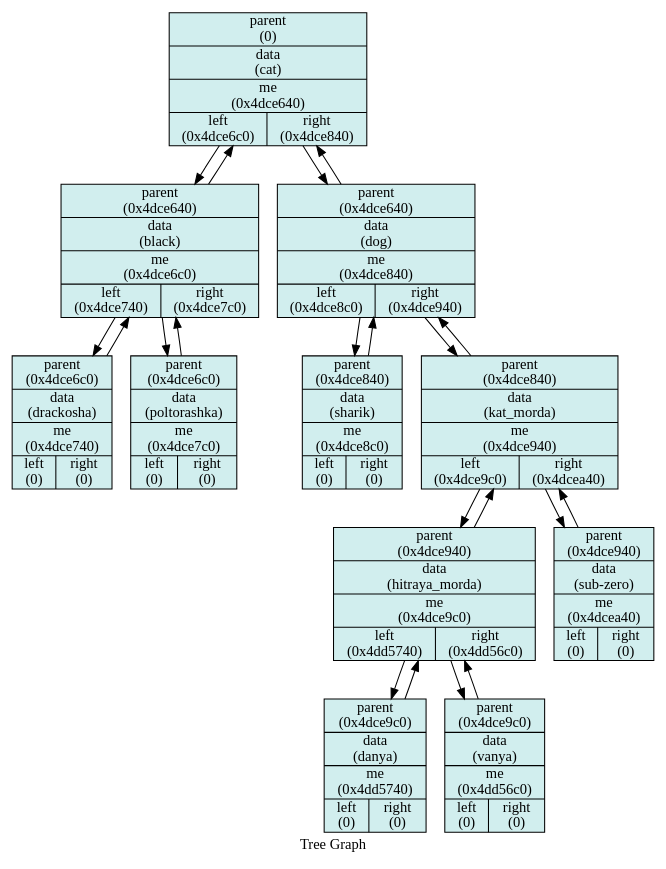
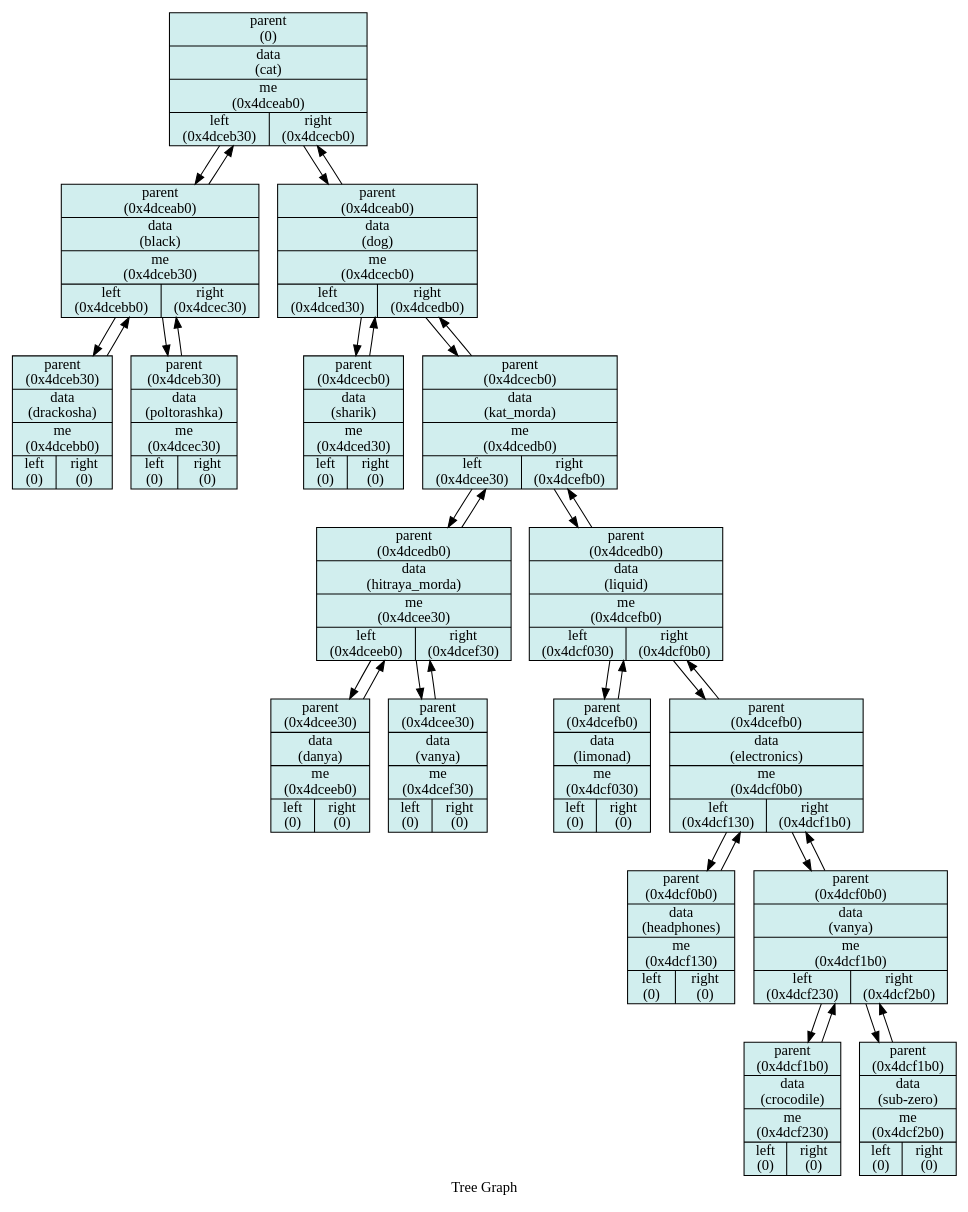
One commit to StaVan28/iLab changed the diagram in 7_akinator/Txt/graph_tree_db.dot. Above: the diagram before and after it, drawn with Graphviz. The commit also changed 8 other files, not shown here.

```diff
--- a/7_akinator/Txt/graph_tree_db.dot
+++ b/7_akinator/Txt/graph_tree_db.dot
@@ -1,61 +1,91 @@
 digraph Tree {
 
 	node [shape = "circle", style = "filled", fillcolor = "red",fontcolor = "#000000", margin = "0.01"];
 	rankdir = "TB";
 
 	label = "Tree Graph";
 
-	"0x4dce640" [shape = "record", fillcolor="lightcyan2", label = "{ {parent\n (0) } |{data\n (cat) } |{me\n (0x4dce640) } |{left\n (0x4dce6c0)   |right\n (0x4dce840) } }"];
-	"0x4dce640"->"0x4dce6c0";
-	"0x4dce640"->"0x4dce840";
+	"0x4dceab0" [shape = "record", fillcolor="lightcyan2", label = "{ {parent\n (0) } |{data\n (cat) } |{me\n (0x4dceab0) } |{left\n (0x4dceb30)   |right\n (0x4dcecb0) } }"];
+	"0x4dceab0"->"0x4dceb30";
+	"0x4dceab0"->"0x4dcecb0";
 
 
-	"0x4dce840" [shape = "record", fillcolor="lightcyan2", label = "{ {parent\n (0x4dce640) } |{data\n (dog) } |{me\n (0x4dce840) } |{left\n (0x4dce8c0)   |right\n (0x4dce940) } }"];
-	"0x4dce840"->"0x4dce640";
-	"0x4dce840"->"0x4dce8c0";
-	"0x4dce840"->"0x4dce940";
+	"0x4dcecb0" [shape = "record", fillcolor="lightcyan2", label = "{ {parent\n (0x4dceab0) } |{data\n (dog) } |{me\n (0x4dcecb0) } |{left\n (0x4dced30)   |right\n (0x4dcedb0) } }"];
+	"0x4dcecb0"->"0x4dceab0";
+	"0x4dcecb0"->"0x4dced30";
+	"0x4dcecb0"->"0x4dcedb0";
 
 
-	"0x4dce940" [shape = "record", fillcolor="lightcyan2", label = "{ {parent\n (0x4dce840) } |{data\n (kat_morda) } |{me\n (0x4dce940) } |{left\n (0x4dce9c0)   |right\n (0x4dcea40) } }"];
-	"0x4dce940"->"0x4dce840";
-	"0x4dce940"->"0x4dce9c0";
-	"0x4dce940"->"0x4dcea40";
+	"0x4dcedb0" [shape = "record", fillcolor="lightcyan2", label = "{ {parent\n (0x4dcecb0) } |{data\n (kat_morda) } |{me\n (0x4dcedb0) } |{left\n (0x4dcee30)   |right\n (0x4dcefb0) } }"];
+	"0x4dcedb0"->"0x4dcecb0";
+	"0x4dcedb0"->"0x4dcee30";
+	"0x4dcedb0"->"0x4dcefb0";
 
 
-	"0x4dcea40" [shape = "record", fillcolor="lightcyan2", label = "{ {parent\n (0x4dce940) } |{data\n (sub-zero) } |{me\n (0x4dcea40) } |{left\n (0)   |right\n (0) } }"];
-	"0x4dcea40"->"0x4dce940";
+	"0x4dcefb0" [shape = "record", fillcolor="lightcyan2", label = "{ {parent\n (0x4dcedb0) } |{data\n (liquid) } |{me\n (0x4dcefb0) } |{left\n (0x4dcf030)   |right\n (0x4dcf0b0) } }"];
+	"0x4dcefb0"->"0x4dcedb0";
+	"0x4dcefb0"->"0x4dcf030";
+	"0x4dcefb0"->"0x4dcf0b0";
 
 
-	"0x4dce9c0" [shape = "record", fillcolor="lightcyan2", label = "{ {parent\n (0x4dce940) } |{data\n (hitraya_morda) } |{me\n (0x4dce9c0) } |{left\n (0x4dd5740)   |right\n (0x4dd56c0) } }"];
-	"0x4dce9c0"->"0x4dce940";
-	"0x4dce9c0"->"0x4dd5740";
-	"0x4dce9c0"->"0x4dd56c0";
+	"0x4dcf0b0" [shape = "record", fillcolor="lightcyan2", label = "{ {parent\n (0x4dcefb0) } |{data\n (electronics) } |{me\n (0x4dcf0b0) } |{left\n (0x4dcf130)   |right\n (0x4dcf1b0) } }"];
+	"0x4dcf0b0"->"0x4dcefb0";
+	"0x4dcf0b0"->"0x4dcf130";
+	"0x4dcf0b0"->"0x4dcf1b0";
 
 
-	"0x4dd56c0" [shape = "record", fillcolor="lightcyan2", label = "{ {parent\n (0x4dce9c0) } |{data\n (vanya) } |{me\n (0x4dd56c0) } |{left\n (0)   |right\n (0) } }"];
-	"0x4dd56c0"->"0x4dce9c0";
+	"0x4dcf1b0" [shape = "record", fillcolor="lightcyan2", label = "{ {parent\n (0x4dcf0b0) } |{data\n (vanya) } |{me\n (0x4dcf1b0) } |{left\n (0x4dcf230)   |right\n (0x4dcf2b0) } }"];
+	"0x4dcf1b0"->"0x4dcf0b0";
+	"0x4dcf1b0"->"0x4dcf230";
+	"0x4dcf1b0"->"0x4dcf2b0";
 
 
-	"0x4dd5740" [shape = "record", fillcolor="lightcyan2", label = "{ {parent\n (0x4dce9c0) } |{data\n (danya) } |{me\n (0x4dd5740) } |{left\n (0)   |right\n (0) } }"];
-	"0x4dd5740"->"0x4dce9c0";
+	"0x4dcf2b0" [shape = "record", fillcolor="lightcyan2", label = "{ {parent\n (0x4dcf1b0) } |{data\n (sub-zero) } |{me\n (0x4dcf2b0) } |{left\n (0)   |right\n (0) } }"];
+	"0x4dcf2b0"->"0x4dcf1b0";
 
 
-	"0x4dce8c0" [shape = "record", fillcolor="lightcyan2", label = "{ {parent\n (0x4dce840) } |{data\n (sharik) } |{me\n (0x4dce8c0) } |{left\n (0)   |right\n (0) } }"];
-	"0x4dce8c0"->"0x4dce840";
+	"0x4dcf230" [shape = "record", fillcolor="lightcyan2", label = "{ {parent\n (0x4dcf1b0) } |{data\n (crocodile) } |{me\n (0x4dcf230) } |{left\n (0)   |right\n (0) } }"];
+	"0x4dcf230"->"0x4dcf1b0";
 
 
-	"0x4dce6c0" [shape = "record", fillcolor="lightcyan2", label = "{ {parent\n (0x4dce640) } |{data\n (black) } |{me\n (0x4dce6c0) } |{left\n (0x4dce740)   |right\n (0x4dce7c0) } }"];
-	"0x4dce6c0"->"0x4dce640";
-	"0x4dce6c0"->"0x4dce740";
-	"0x4dce6c0"->"0x4dce7c0";
+	"0x4dcf130" [shape = "record", fillcolor="lightcyan2", label = "{ {parent\n (0x4dcf0b0) } |{data\n (headphones) } |{me\n (0x4dcf130) } |{left\n (0)   |right\n (0) } }"];
+	"0x4dcf130"->"0x4dcf0b0";
 
 
-	"0x4dce7c0" [shape = "record", fillcolor="lightcyan2", label = "{ {parent\n (0x4dce6c0) } |{data\n (poltorashka) } |{me\n (0x4dce7c0) } |{left\n (0)   |right\n (0) } }"];
-	"0x4dce7c0"->"0x4dce6c0";
+	"0x4dcf030" [shape = "record", fillcolor="lightcyan2", label = "{ {parent\n (0x4dcefb0) } |{data\n (limonad) } |{me\n (0x4dcf030) } |{left\n (0)   |right\n (0) } }"];
+	"0x4dcf030"->"0x4dcefb0";
 
 
-	"0x4dce740" [shape = "record", fillcolor="lightcyan2", label = "{ {parent\n (0x4dce6c0) } |{data\n (drackosha) } |{me\n (0x4dce740) } |{left\n (0)   |right\n (0) } }"];
-	"0x4dce740"->"0x4dce6c0";
+	"0x4dcee30" [shape = "record", fillcolor="lightcyan2", label = "{ {parent\n (0x4dcedb0) } |{data\n (hitraya_morda) } |{me\n (0x4dcee30) } |{left\n (0x4dceeb0)   |right\n (0x4dcef30) } }"];
+	"0x4dcee30"->"0x4dcedb0";
+	"0x4dcee30"->"0x4dceeb0";
+	"0x4dcee30"->"0x4dcef30";
+
+
+	"0x4dcef30" [shape = "record", fillcolor="lightcyan2", label = "{ {parent\n (0x4dcee30) } |{data\n (vanya) } |{me\n (0x4dcef30) } |{left\n (0)   |right\n (0) } }"];
+	"0x4dcef30"->"0x4dcee30";
+
+
+	"0x4dceeb0" [shape = "record", fillcolor="lightcyan2", label = "{ {parent\n (0x4dcee30) } |{data\n (danya) } |{me\n (0x4dceeb0) } |{left\n (0)   |right\n (0) } }"];
+	"0x4dceeb0"->"0x4dcee30";
+
+
+	"0x4dced30" [shape = "record", fillcolor="lightcyan2", label = "{ {parent\n (0x4dcecb0) } |{data\n (sharik) } |{me\n (0x4dced30) } |{left\n (0)   |right\n (0) } }"];
+	"0x4dced30"->"0x4dcecb0";
+
+
+	"0x4dceb30" [shape = "record", fillcolor="lightcyan2", label = "{ {parent\n (0x4dceab0) } |{data\n (black) } |{me\n (0x4dceb30) } |{left\n (0x4dcebb0)   |right\n (0x4dcec30) } }"];
+	"0x4dceb30"->"0x4dceab0";
+	"0x4dceb30"->"0x4dcebb0";
+	"0x4dceb30"->"0x4dcec30";
+
+
+	"0x4dcec30" [shape = "record", fillcolor="lightcyan2", label = "{ {parent\n (0x4dceb30) } |{data\n (poltorashka) } |{me\n (0x4dcec30) } |{left\n (0)   |right\n (0) } }"];
+	"0x4dcec30"->"0x4dceb30";
+
+
+	"0x4dcebb0" [shape = "record", fillcolor="lightcyan2", label = "{ {parent\n (0x4dceb30) } |{data\n (drackosha) } |{me\n (0x4dcebb0) } |{left\n (0)   |right\n (0) } }"];
+	"0x4dcebb0"->"0x4dceb30";
 
 
 }
```
